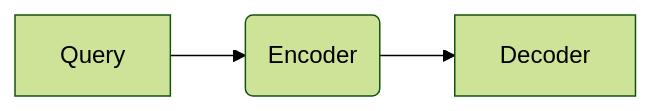
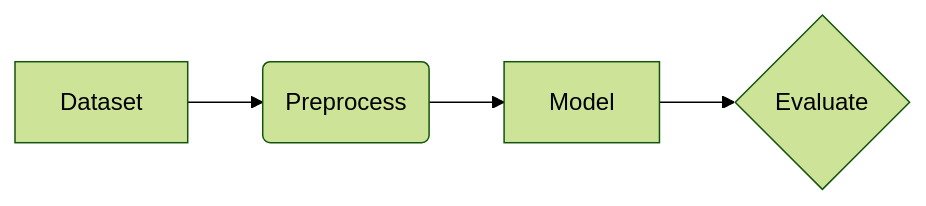
One commit to torridfish/md2s changed the first of 2 diagrams in examples/gallery.md. Above: the diagram before and after it, drawn with Mermaid (forest theme). The commit also changed other lines of this file and 11 other files, not shown here.

````diff
--- a/examples/gallery.md
+++ b/examples/gallery.md
@@ -234,4 +182,4 @@
 ```mermaid
 flowchart LR
-  Q[Query] --> E(Encoder) --> D[Decoder]
+  D[Dataset] --> P(Preprocess) --> M[Model] --> E{Evaluate}
 ```
````
